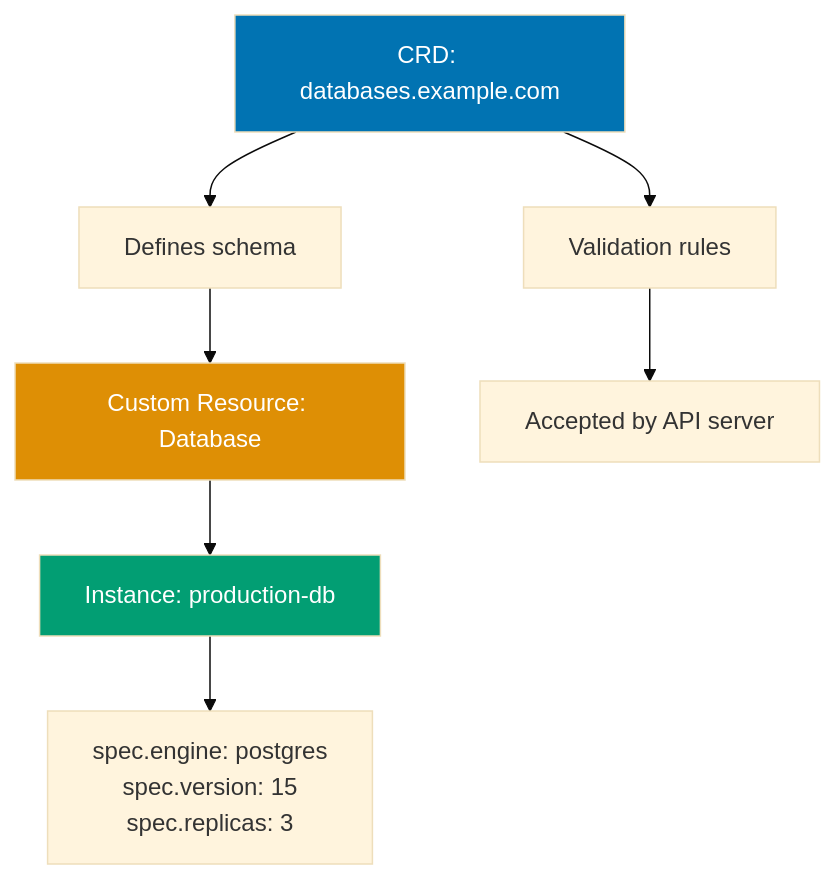
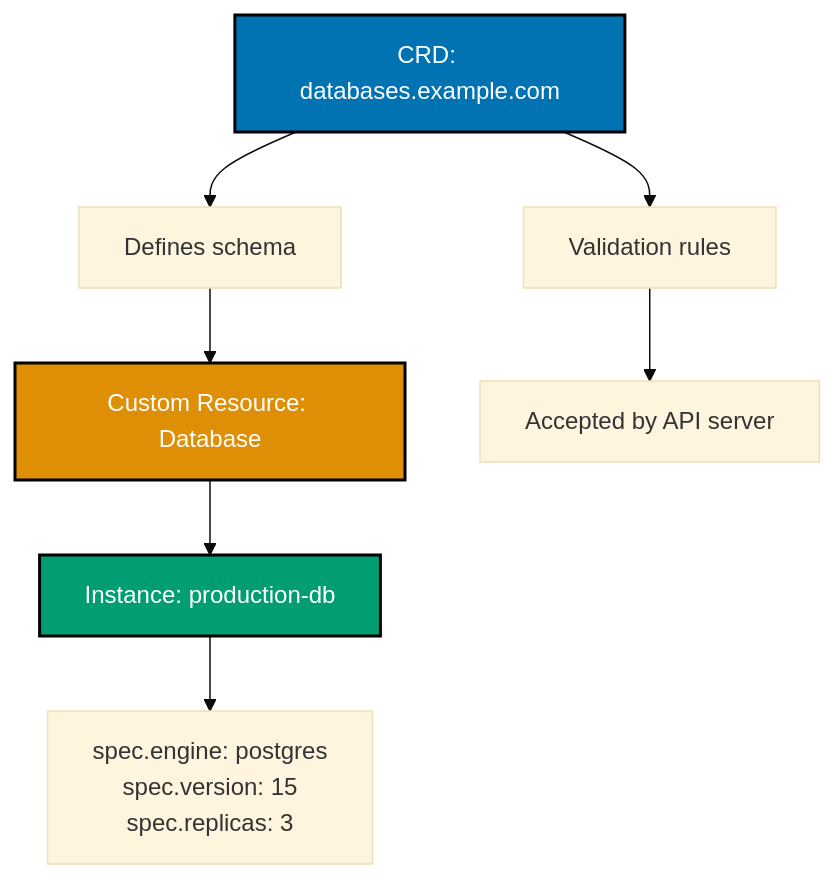
Before and after one commit to wahidyankf/open-sharia-enterprise: the fifth of 14 diagrams in apps/ayokoding-web/content/en/learn/software-engineering/infrastructure/tools/kubernetes/by-example/advanced.md, drawn with Mermaid (base theme). The commit also changed other lines of this file and 25 other files, not shown here.

````diff
--- a/apps/ayokoding-web/content/en/learn/software-engineering/infrastructure/tools/kubernetes/by-example/advanced.md
+++ b/apps/ayokoding-web/content/en/learn/software-engineering/infrastructure/tools/kubernetes/by-example/advanced.md
@@ -1620,14 +1624,15 @@
 ```mermaid
+%% Color Palette: Blue #0173B2, Orange #DE8F05, Teal #029E73, Purple #CC78BC, Brown #CA9161
 %% CRD and custom resource relationship
 graph TD
  A[CRD: databases.example.com] --> B[Defines schema]
  B --> C[Custom Resource: Database]
  C --> D[Instance: production-db]
  D --> E[spec.engine: postgres<br/>spec.version: 15<br/>spec.replicas: 3]
  A --> F[Validation rules]
  F --> G[Accepted by API server]
 
- style A fill:#0173B2,color:#fff
- style C fill:#DE8F05,color:#fff
- style D fill:#029E73,color:#fff
+ style A fill:#0173B2,stroke:#000000,stroke-width:2px,color:#fff
+ style C fill:#DE8F05,stroke:#000000,stroke-width:2px,color:#fff
+ style D fill:#029E73,stroke:#000000,stroke-width:2px,color:#fff
 ```
````
